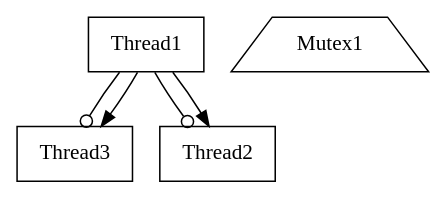
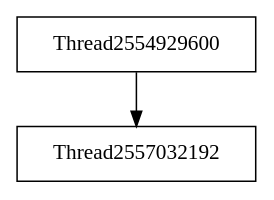
One commit to v4o6/cs410 changed the diagram in view/dot/graph005.dot. Above: the diagram before and after it, drawn with Graphviz. The commit also changed 214 other files, not shown here.

Commit message:
Switched parser.pl to parse libthreadtrace.log instead of temp log file. Changed graphviz output from PNG to SVG to get rid of pixelation.

```diff
--- a/view/dot/graph005.dot
+++ b/view/dot/graph005.dot
@@ -1,11 +1,6 @@
 digraph G {
-graph[center=1];
-Thread3 [shape=box,color=black];
-Thread1 [shape=box,color=black];
-Thread1 -> Thread2 [arrowhead=odot];
-Thread1 -> Thread3 [arrowhead=odot];
-Thread1 -> Thread3 [arrowhead=normal];
-Thread1 -> Thread2 [arrowhead=normal];
-Mutex1 [shape=trapezium,color=black];
-Thread2 [shape=box,color=black];
+graph[center=true];
+Thread2554929600 [shape=box,color=black];
+Thread2554929600 -> Thread2557032192 [arrowhead=normal];
+Thread2557032192 [shape=box,color=black];
 }
```
